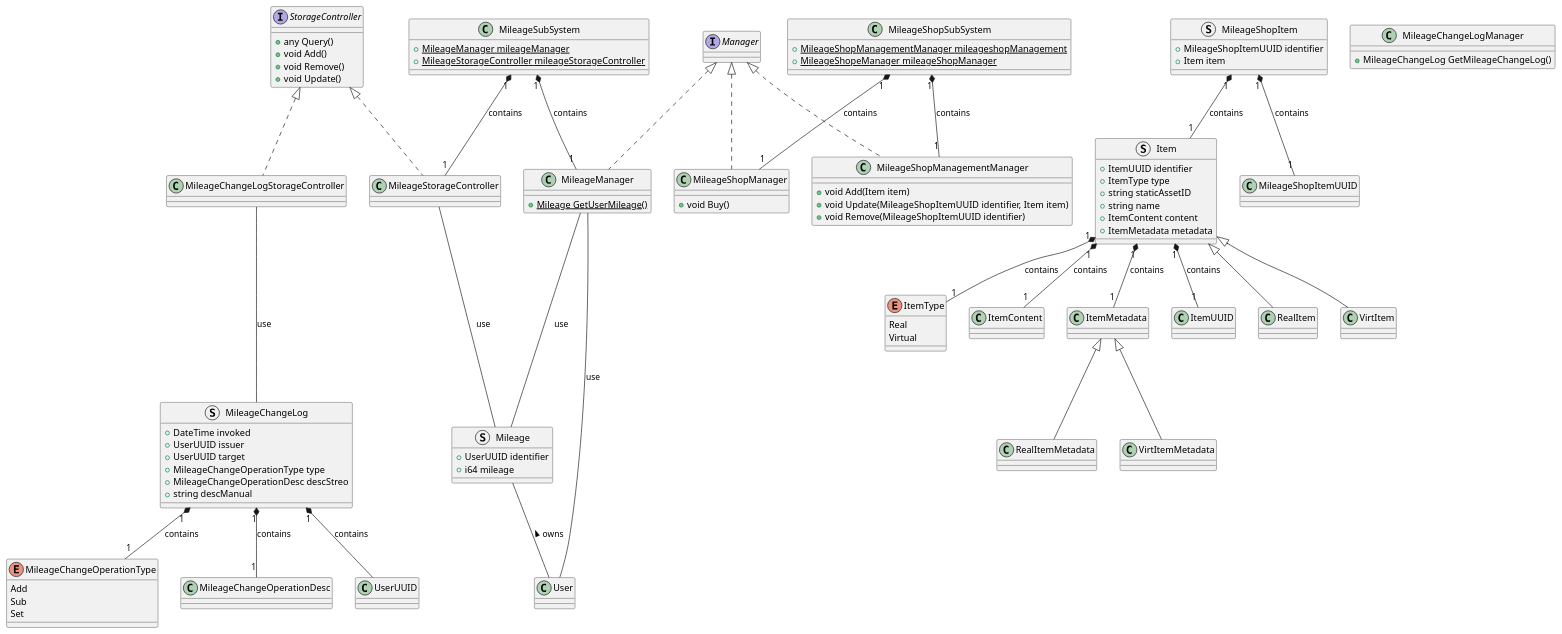
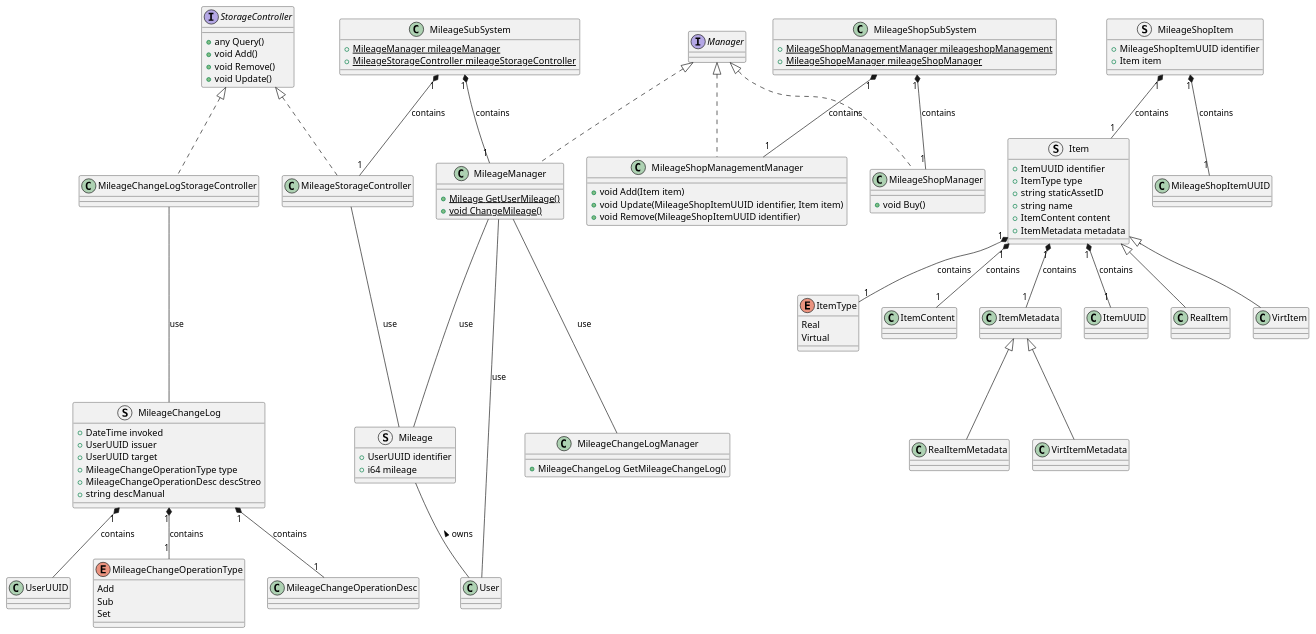
The diagram in src/Mileage.puml (ShapeLayer/se-lecture-task__project-structure-definitions), drawn with PlantUML before and after one commit. The commit also changed 11 other files, not shown here.

```diff
--- a/src/Mileage.puml
+++ b/src/Mileage.puml
@@ -1,118 +1,120 @@
 @startuml
 ' Commons
 Interface Manager
 Interface StorageController {
     + any Query()
     + void Add()
     + void Remove()
     + void Update()
 }
 
 enum ItemType {
     Real
     Virtual
 }
 
 class ItemContent {}
 class ItemMetadata {}
 class RealItemMetadata extends ItemMetadata {}
 class VirtItemMetadata extends ItemMetadata {}
 
 struct Item {
     + ItemUUID identifier
     + ItemType type
     + string staticAssetID
     + string name
     + ItemContent content
     + ItemMetadata metadata
 }
 
 Item "1" *-- "1" ItemUUID : contains
 Item "1" *-- "1" ItemType : contains
 Item "1" *-- "1" ItemContent : contains
 Item "1" *-- "1" ItemMetadata : contains
 
 class RealItem extends Item {}
 class VirtItem extends Item {}
 
 struct Mileage {
     + UserUUID identifier
     + i64 mileage
 }
 
 Mileage -- User : < owns
 
 ' Mileage SubSystem
 
 enum MileageChangeOperationType {
     Add
     Sub
     Set
 }
 
 class MileageChangeOperationDesc {}
 
 struct MileageChangeLog {
     + DateTime invoked
     + UserUUID issuer
     + UserUUID target
     + MileageChangeOperationType type
     + MileageChangeOperationDesc descStreo
     + string descManual
 }
 
 MileageChangeLog "1" *-- UserUUID : contains
 MileageChangeLog "1" *-- "1" MileageChangeOperationType : contains
 MileageChangeLog "1" *-- "1" MileageChangeOperationDesc : contains
 
 class MileageManager implements Manager {
     + {static} Mileage GetUserMileage()
+    + {static} void ChangeMileage()
 }
 
 MileageManager --- User : use
 MileageManager --- Mileage : use
+MileageManager --- MileageChangeLogManager : use
 
 class MileageChangeLogManager {
     + MileageChangeLog GetMileageChangeLog()
 }
 
 class MileageChangeLogStorageController implements StorageController {}
 MileageChangeLogStorageController --- MileageChangeLog : use
 
 class MileageStorageController implements StorageController{}
 MileageStorageController --- Mileage : use
 
 class MileageSubSystem {
     + {static} MileageManager mileageManager
     + {static} MileageStorageController mileageStorageController
 }
 
 MileageSubSystem "1" *-- "1" MileageManager : contains
 MileageSubSystem "1" *-- "1" MileageStorageController : contains
 
 ' MileageShop SubSystem
 struct MileageShopItem {
     + MileageShopItemUUID identifier
     + Item item
 }
 
 MileageShopItem "1" *-- "1" MileageShopItemUUID : contains
 MileageShopItem "1" *-- "1" Item : contains
 
 class MileageShopManager implements Manager {
     + void Buy()
 }
 
 class MileageShopManagementManager implements Manager {
     + void Add(Item item)
     + void Update(MileageShopItemUUID identifier, Item item)
     + void Remove(MileageShopItemUUID identifier)
 }
 
 class MileageShopSubSystem {
     + {static} MileageShopManagementManager mileageshopManagement
     + {static} MileageShopeManager mileageShopManager
 }
 MileageShopSubSystem "1" *-- "1" MileageShopManagementManager : contains
 MileageShopSubSystem "1" *-- "1" MileageShopManager : contains
 @enduml
```
